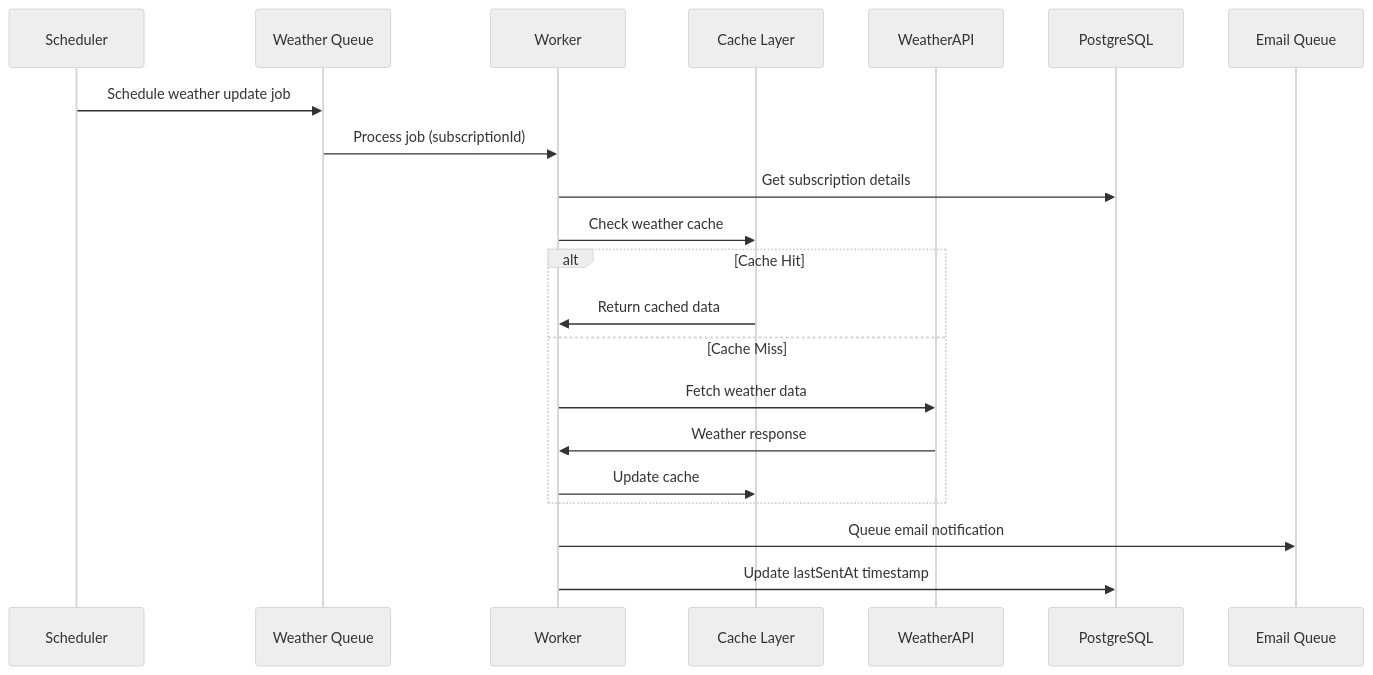
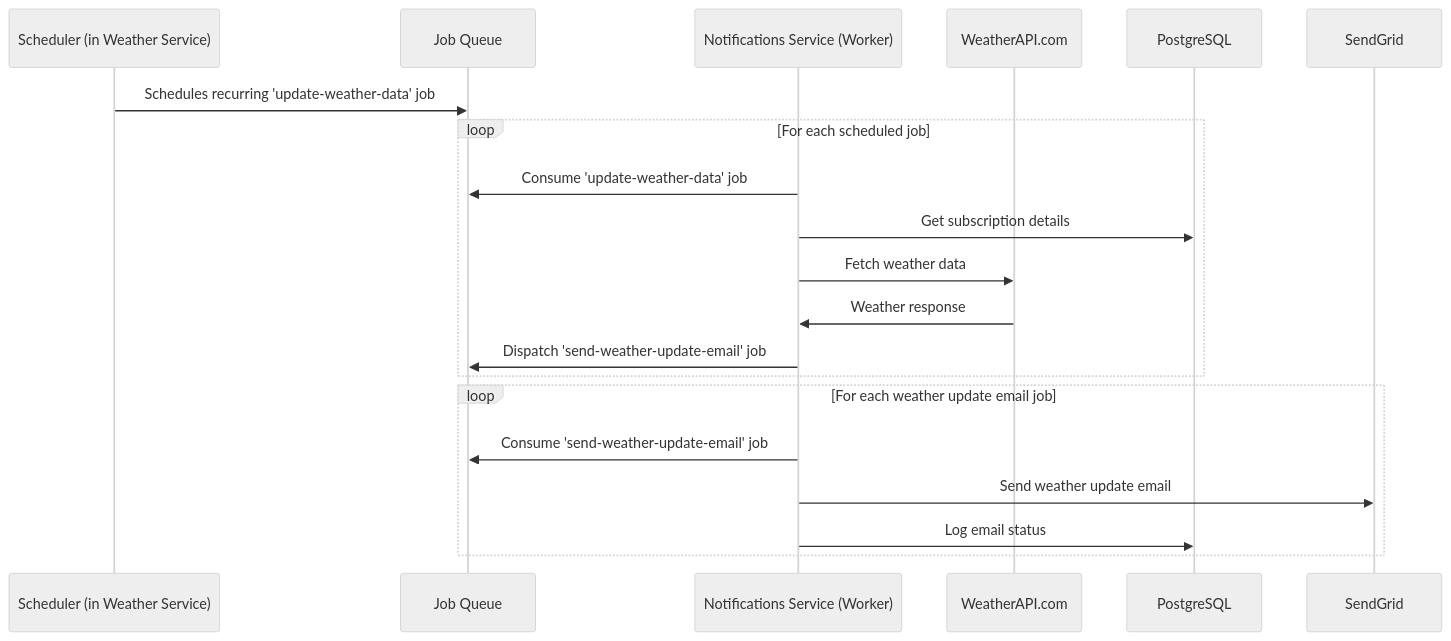
One commit to GenesisEducationKyiv/software-engineering-school-5-0-V-Mokhun changed the third of 3 diagrams in backend/docs/system-design.md. Above: the diagram before and after it, drawn with Mermaid (neutral theme). The commit also changed other lines of this file and 6 other files, not shown here.

````diff
--- a/backend/docs/system-design.md
+++ b/backend/docs/system-design.md
@@ -228,26 +241,25 @@
 ```mermaid
 sequenceDiagram
-    participant S as Scheduler
-    participant Q as Weather Queue
-    participant W as Worker
-    participant Cache as Cache Layer
-    participant API as WeatherAPI
+    participant S as Scheduler (in Weather Service)
+    participant Q as Job Queue
+    participant NS as Notifications Service (Worker)
+    participant WeatherAPI as WeatherAPI.com
     participant DB as PostgreSQL
-    participant Email as Email Queue
+    participant E as SendGrid
 
-    S->>Q: Schedule weather update job
-    Q->>W: Process job (subscriptionId)
-    W->>DB: Get subscription details
-    W->>Cache: Check weather cache
-
-    alt Cache Hit
-        Cache->>W: Return cached data
-    else Cache Miss
-        W->>API: Fetch weather data
-        API->>W: Weather response
-        W->>Cache: Update cache
+    S->>Q: Schedules recurring 'update-weather-data' job
+    
+    loop For each scheduled job
+        NS->>Q: Consume 'update-weather-data' job
+        NS->>DB: Get subscription details
+        NS->>WeatherAPI: Fetch weather data
+        WeatherAPI->>NS: Weather response
+        NS->>Q: Dispatch 'send-weather-update-email' job
     end
 
-    W->>Email: Queue email notification
-    W->>DB: Update lastSentAt timestamp
+    loop For each weather update email job
+        NS->>Q: Consume 'send-weather-update-email' job
+        NS->>E: Send weather update email
+        NS->>DB: Log email status
+    end
 ```
````
